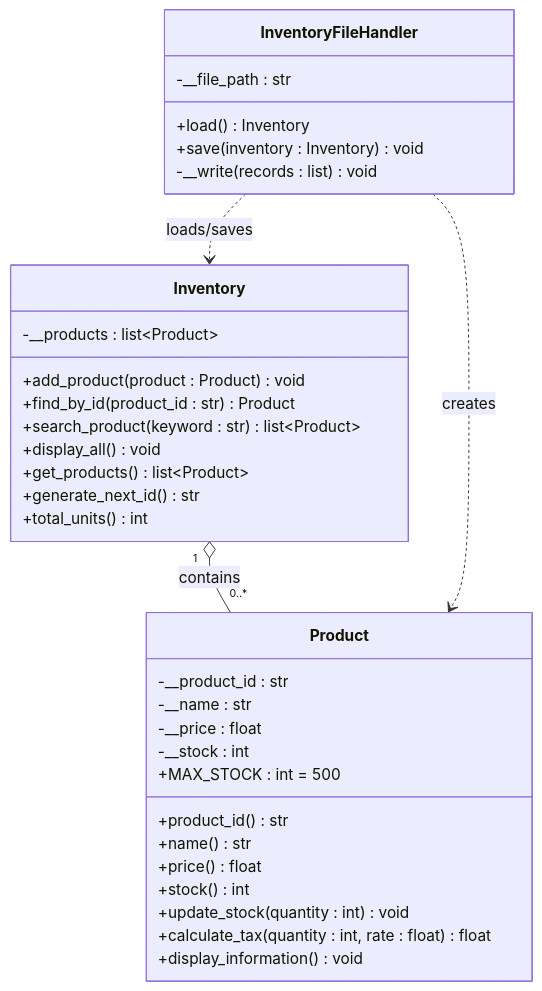
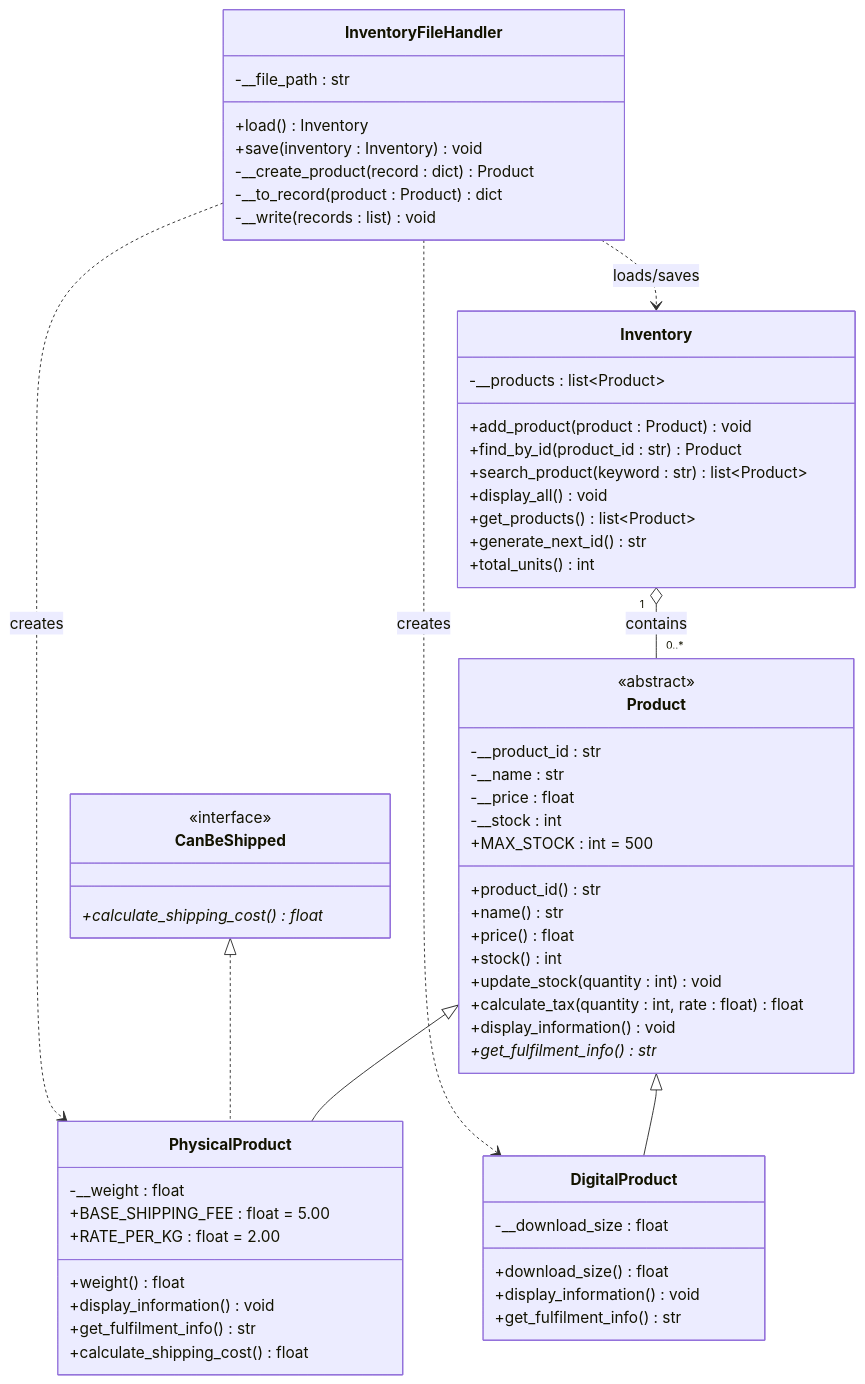
Before and after one commit to Kah-Ding/INF1003LABs: the diagram in class_diagram.mermaid, drawn with Mermaid. The commit also changed 14 other files, not shown here.

```diff
--- a/class_diagram.mermaid
+++ b/class_diagram.mermaid
@@ -1,34 +1,61 @@
 classDiagram
     class Product {
+        <<abstract>>
         -__product_id : str
         -__name : str
         -__price : float
         -__stock : int
         +MAX_STOCK : int = 500
         +product_id() str
         +name() str
         +price() float
         +stock() int
         +update_stock(quantity : int) void
         +calculate_tax(quantity : int, rate : float) float
         +display_information() void
+        +get_fulfilment_info()* str
+    }
+    class CanBeShipped {
+        <<interface>>
+        +calculate_shipping_cost()* float
+    }
+    class PhysicalProduct {
+        -__weight : float
+        +BASE_SHIPPING_FEE : float = 5.00
+        +RATE_PER_KG : float = 2.00
+        +weight() float
+        +display_information() void
+        +get_fulfilment_info() str
+        +calculate_shipping_cost() float
+    }
+    class DigitalProduct {
+        -__download_size : float
+        +download_size() float
+        +display_information() void
+        +get_fulfilment_info() str
     }
     class Inventory {
         -__products : list~Product~
         +add_product(product : Product) void
         +find_by_id(product_id : str) Product
         +search_product(keyword : str) list~Product~
         +display_all() void
         +get_products() list~Product~
         +generate_next_id() str
         +total_units() int
     }
     class InventoryFileHandler {
         -__file_path : str
         +load() Inventory
         +save(inventory : Inventory) void
+        -__create_product(record : dict) Product
+        -__to_record(product : Product) dict
         -__write(records : list) void
     }
+    Product <|-- PhysicalProduct
+    Product <|-- DigitalProduct
+    CanBeShipped <|.. PhysicalProduct
     Inventory "1" o-- "0..*" Product : contains
     InventoryFileHandler ..> Inventory : loads/saves
-    InventoryFileHandler ..> Product : creates
+    InventoryFileHandler ..> PhysicalProduct : creates
+    InventoryFileHandler ..> DigitalProduct : creates
```
